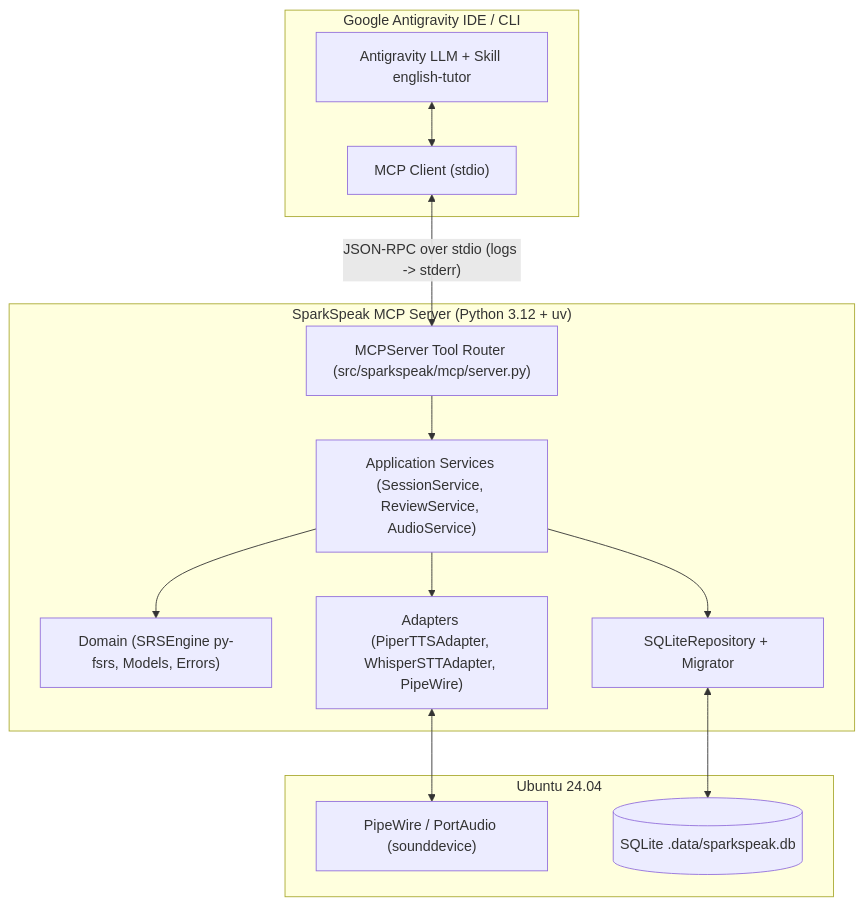
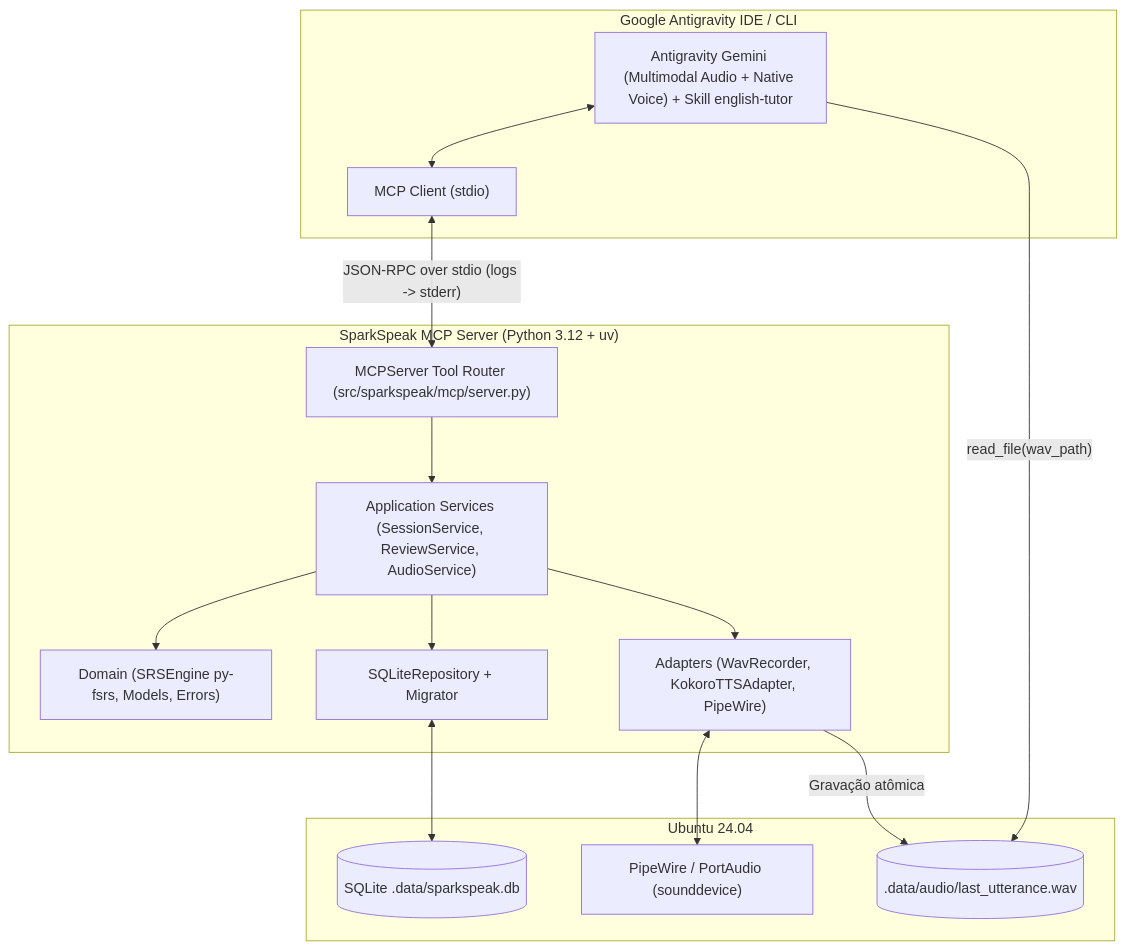
Before and after one commit to tiaggofg/sparkspeak: the second of 2 diagrams in docs/arquitetura-c4.md, drawn with Mermaid. The commit also changed other lines of this file and 41 other files, not shown here.

First line of the commit message:
feat(audio): add multimodal wav capture and kokoro tts

````diff
--- a/docs/arquitetura-c4.md
+++ b/docs/arquitetura-c4.md
@@ -14,29 +14,32 @@
 ```mermaid
 flowchart TB
   subgraph Host["Google Antigravity IDE / CLI"]
-    LLM["Antigravity LLM + Skill english-tutor"]
+    LLM["Antigravity Gemini (Multimodal Audio + Native Voice) + Skill english-tutor"]
     MCPHost["MCP Client (stdio)"]
   end
 
   subgraph Server["SparkSpeak MCP Server (Python 3.12 + uv)"]
     Router["MCPServer Tool Router (src/sparkspeak/mcp/server.py)"]
     Services["Application Services (SessionService, ReviewService, AudioService)"]
     Domain["Domain (SRSEngine py-fsrs, Models, Errors)"]
     Repo["SQLiteRepository + Migrator"]
-    Audio["Adapters (PiperTTSAdapter, WhisperSTTAdapter, PipeWire)"]
+    Audio["Adapters (WavRecorder, KokoroTTSAdapter, PipeWire)"]
   end
 
   subgraph OS["Ubuntu 24.04"]
     PW["PipeWire / PortAudio (sounddevice)"]
+    WAV[(".data/audio/last_utterance.wav")]
     SQLite[("SQLite .data/sparkspeak.db")]
   end
 
   LLM <--> MCPHost
+  LLM -->|"read_file(wav_path)"| WAV
   MCPHost <-->|"JSON-RPC over stdio (logs -> stderr)"| Router
   Router --> Services
   Services --> Domain
   Services --> Repo
   Services --> Audio
   Repo <--> SQLite
   Audio <--> PW
+  Audio -->|"Gravação atômica"| WAV
 ```
````
